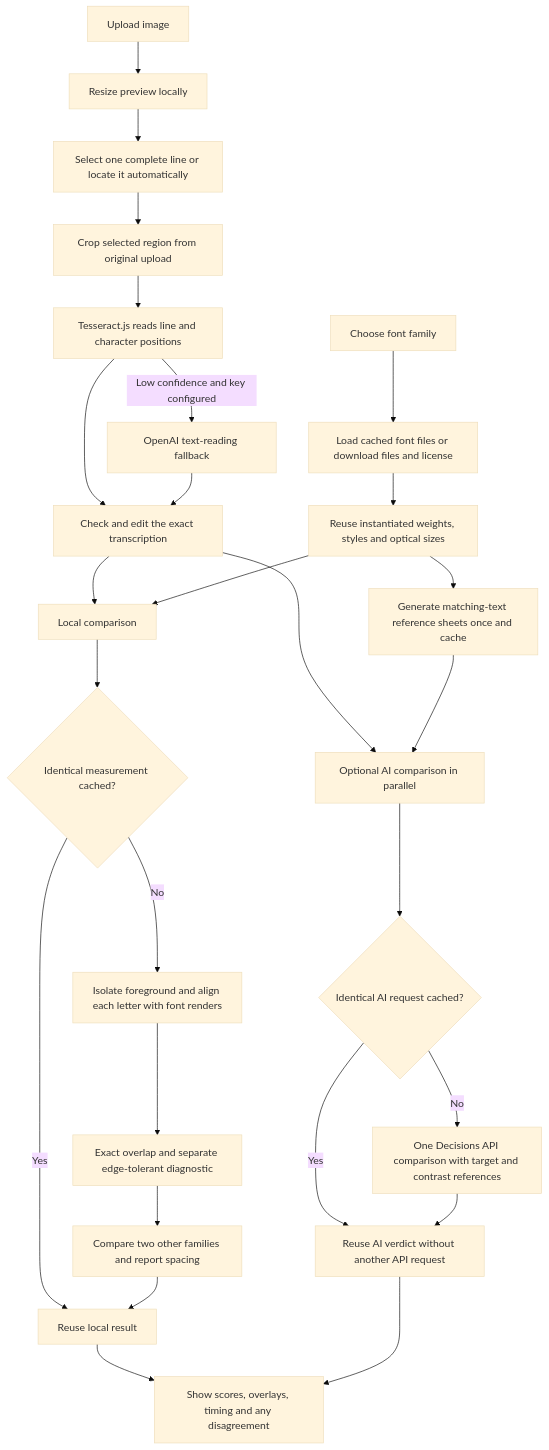
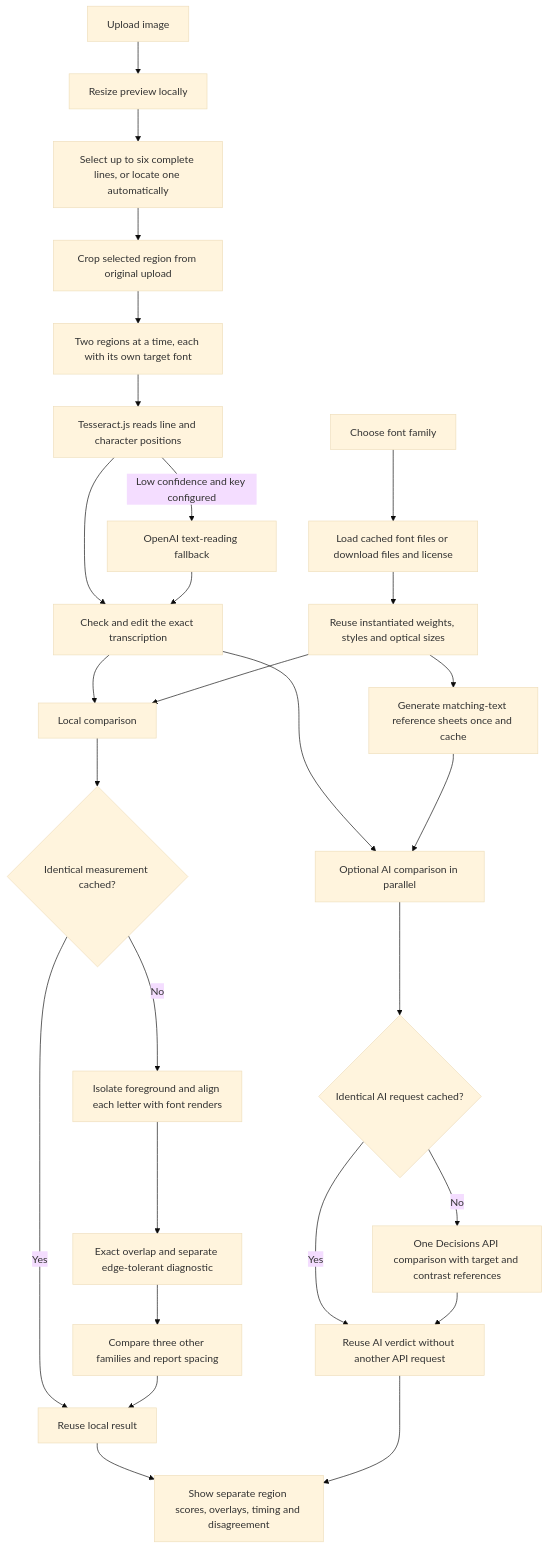
Before and after one commit to DannyRuchtie/FontsChecker: the diagram in README.md, drawn with Mermaid (base theme). The commit also changed other lines of this file and 33 other files, not shown here.

Commit message:
Add independent region checks and clearer font evidence

````diff
--- a/README.md
+++ b/README.md
@@ -23,29 +28,30 @@
 ```mermaid
 flowchart TD
     F[Choose font family] --> P[Load cached font files or download files and license]
     P --> I[Reuse instantiated weights, styles and optical sizes]
     U[Upload image] --> V[Resize preview locally]
-    V --> S[Select one complete line or locate it automatically]
+    V --> S[Select up to six complete lines, or locate one automatically]
     S --> C[Crop selected region from original upload]
-    C --> O[Tesseract.js reads line and character positions]
+    C --> B[Two regions at a time, each with its own target font]
+    B --> O[Tesseract.js reads line and character positions]
     O --> E[Check and edit the exact transcription]
     O -->|Low confidence and key configured| R[OpenAI text-reading fallback]
     R --> E
     E --> L[Local comparison]
     E --> A[Optional AI comparison in parallel]
     I --> L
     I --> G[Generate matching-text reference sheets once and cache]
     G --> A
     L --> LC{Identical measurement cached?}
     LC -->|Yes| LR[Reuse local result]
     LC -->|No| M[Isolate foreground and align each letter with font renders]
     M --> D[Exact overlap and separate edge-tolerant diagnostic]
-    D --> X[Compare two other families and report spacing]
+    D --> X[Compare three other families and report spacing]
     X --> LR
     A --> AC{Identical AI request cached?}
     AC -->|Yes| AR[Reuse AI verdict without another API request]
     AC -->|No| Q[One Decisions API comparison with target and contrast references]
     Q --> AR
-    LR --> UI[Show scores, overlays, timing and any disagreement]
+    LR --> UI[Show separate region scores, overlays, timing and disagreement]
     AR --> UI
 ```
````
